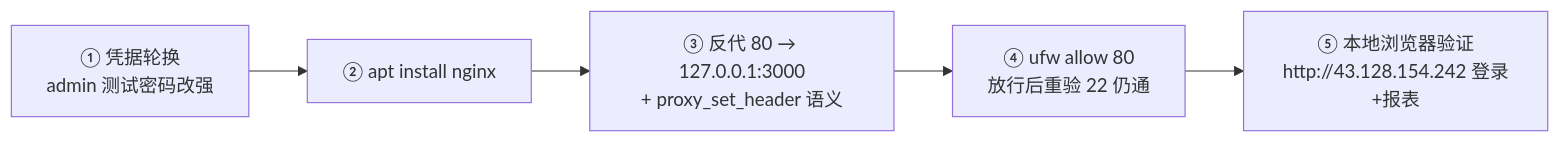
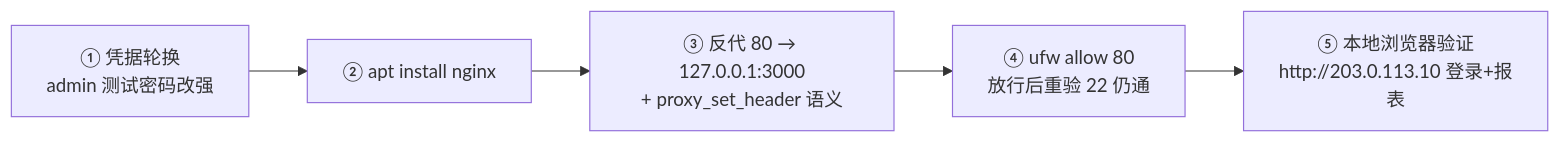
The sixth of 9 diagrams in week9-deployment/notes/week9-roadmap-d1-d4.md (NiceFreak/nodejs-skillup), drawn with Mermaid before and after one commit. The commit also changed other lines of this file and 85 other files, not shown here.

````diff
--- a/week9-deployment/notes/week9-roadmap-d1-d4.md
+++ b/week9-deployment/notes/week9-roadmap-d1-d4.md
@@ -264,7 +264,7 @@
 ```mermaid
 flowchart LR
     P0["① 凭据轮换<br/>admin 测试密码改强"] --> P1["② apt install nginx"]
     P1 --> P2["③ 反代 80 → 127.0.0.1:3000<br/>+ proxy_set_header 语义"]
     P2 --> P3["④ ufw allow 80<br/>放行后重验 22 仍通"]
-    P3 --> P5["⑤ 本地浏览器验证<br/>http://43.128.154.242 登录+报表"]
+    P3 --> P5["⑤ 本地浏览器验证<br/>http://203.0.113.10 登录+报表"]
 ```
````
